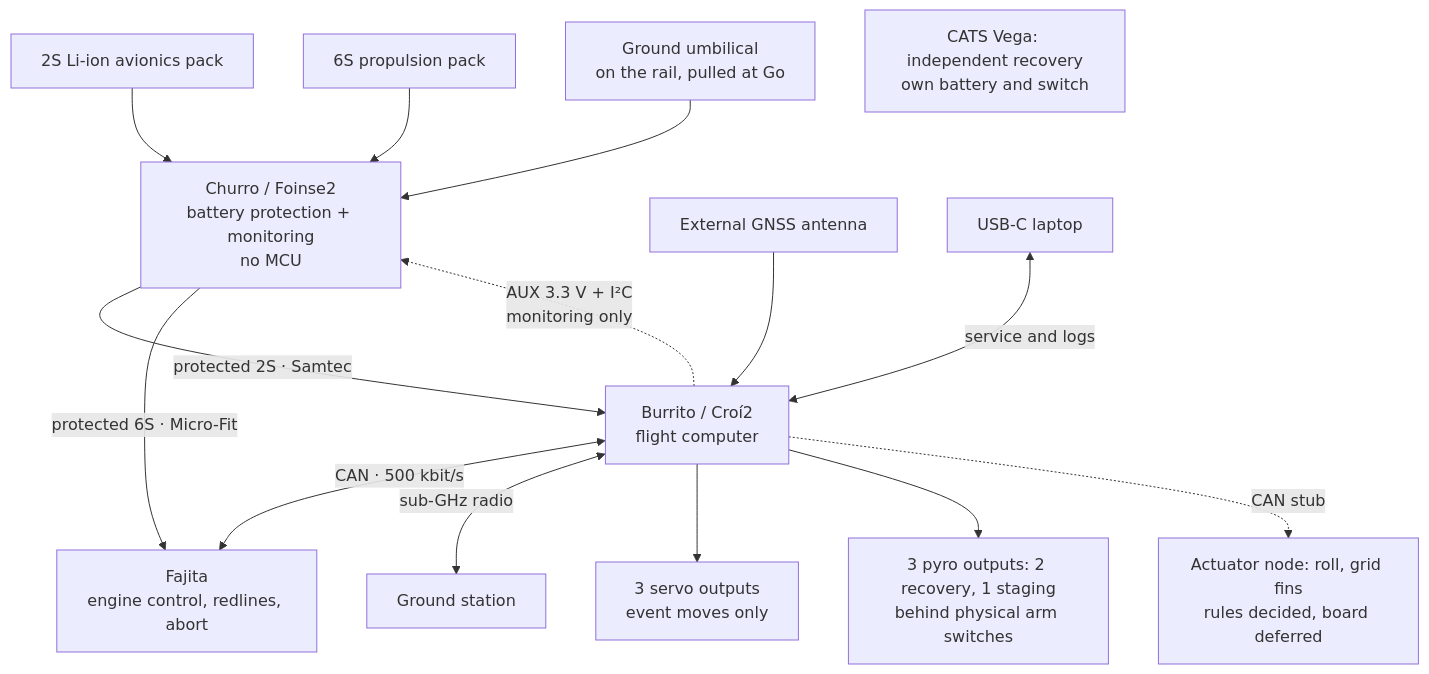
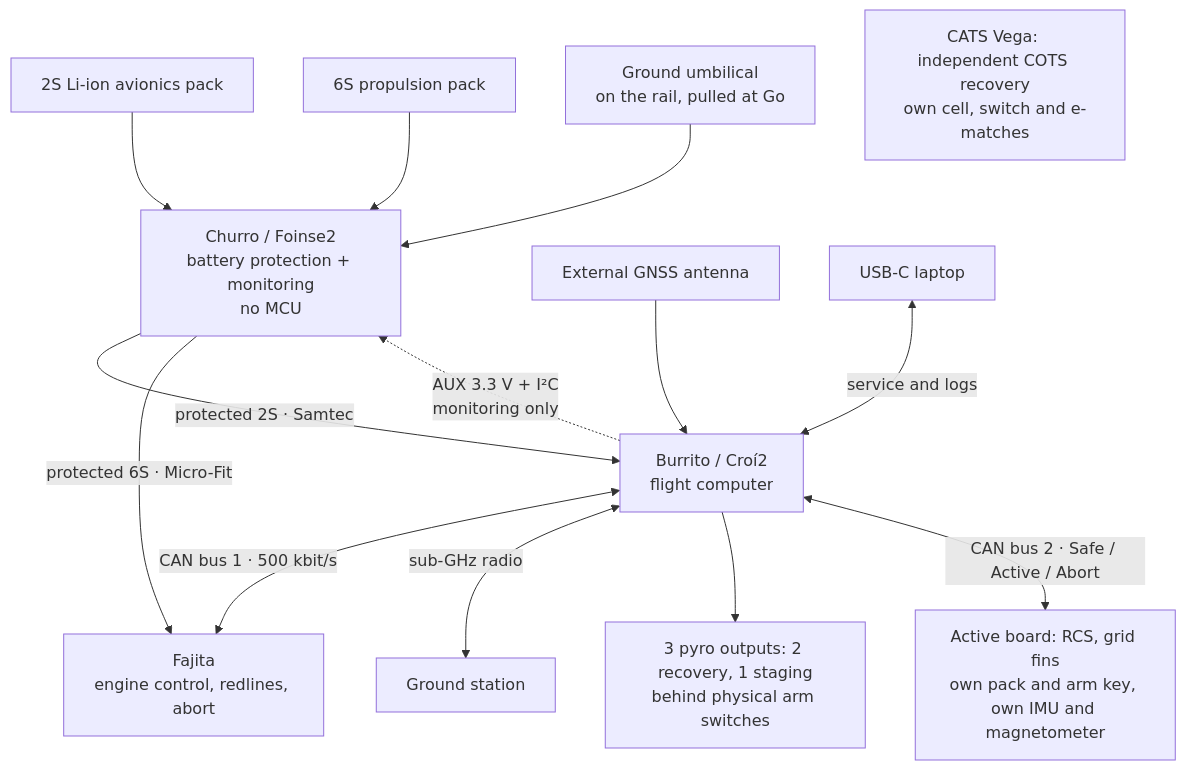
One commit to ULAS-HiPR/Ogma2 changed the first of 3 diagrams in docs/architecture/system-tour.md. Above: the diagram before and after it, drawn with Mermaid. The commit also changed other lines of this file and 21 other files, not shown here.

First line of the commit message:
Record the 18-19 Nov architecture sign-off and its decisions

````diff
--- a/docs/architecture/system-tour.md
+++ b/docs/architecture/system-tour.md
@@ -11,28 +11,26 @@
 ```mermaid
 flowchart TB
   AV["2S Li-ion avionics pack"] --> C["Churro / Foinse2
 battery protection + monitoring
 no MCU"]
   PROP["6S propulsion pack"] --> C
   UM["Ground umbilical
 on the rail, pulled at Go"] --> C
   C -->|"protected 2S · Samtec"| B["Burrito / Croí2
 flight computer"]
   C -->|"protected 6S · Micro-Fit"| F["Fajita
 engine control, redlines, abort"]
-  B <-->|"CAN · 500 kbit/s"| F
+  B <-->|"CAN bus 1 · 500 kbit/s"| F
   B -.->|"AUX 3.3 V + I²C
 monitoring only"| C
   B <-->|"sub-GHz radio"| G["Ground station"]
   A["External GNSS antenna"] --> B
   U["USB-C laptop"] <-->|"service and logs"| B
-  B --> S["3 servo outputs
-event moves only"]
   B --> O["3 pyro outputs: 2 recovery, 1 staging
 behind physical arm switches"]
-  I["CATS Vega: independent recovery
-own battery and switch"]
-  N["Actuator node: roll, grid fins
-rules decided, board deferred"]
-  B -.->|"CAN stub"| N
+  I["CATS Vega: independent COTS recovery
+own cell, switch and e-matches"]
+  N["Active board: RCS, grid fins
+own pack and arm key, own IMU and magnetometer"]
+  B <-->|"CAN bus 2 · Safe / Active / Abort"| N
 ```
````
